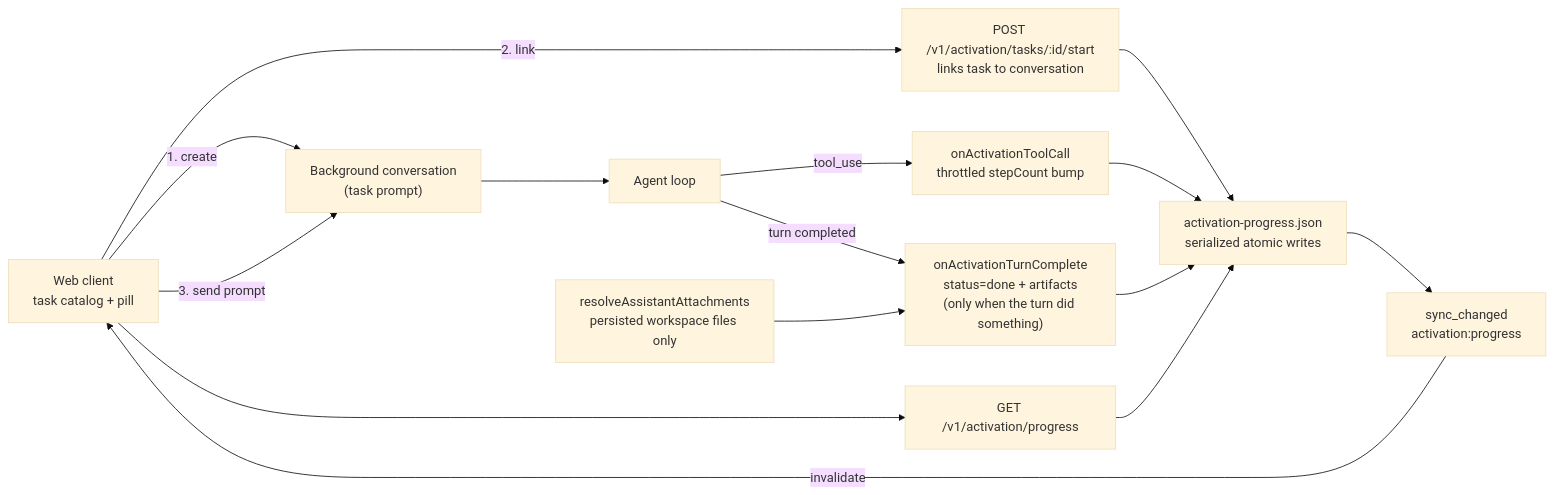
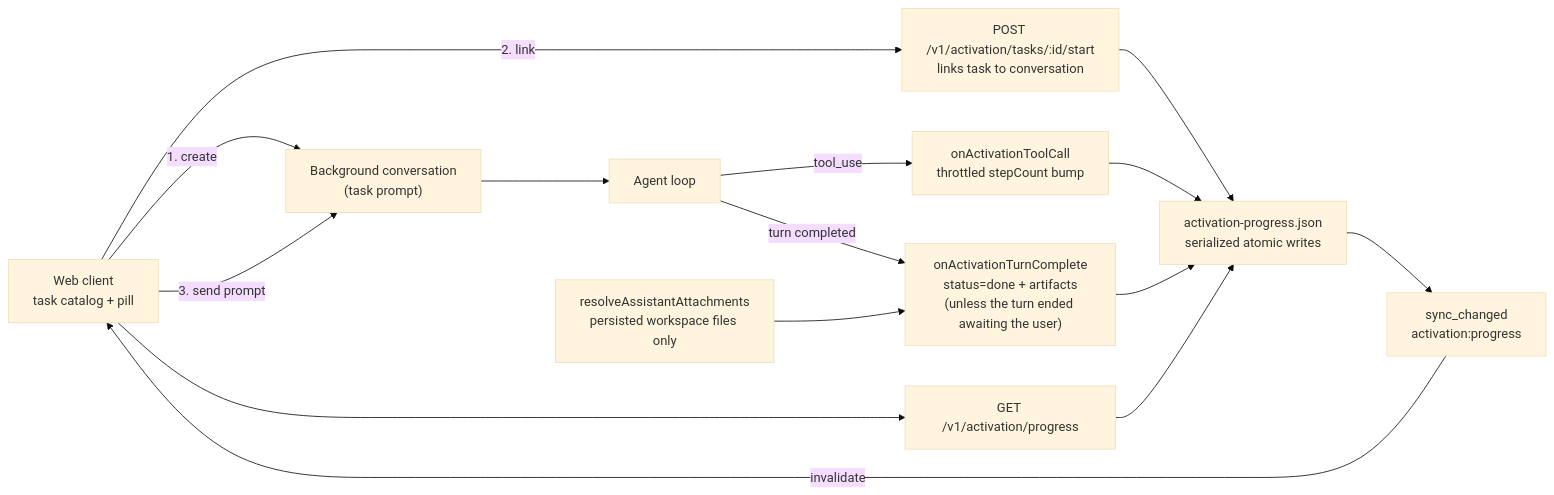
Before and after one commit to vellum-ai/vellum-assistant: the fourth of 4 diagrams in ARCHITECTURE.md, drawn with Mermaid (base theme). The commit also changed 17 other files, not shown here.

````diff
--- a/ARCHITECTURE.md
+++ b/ARCHITECTURE.md
@@ -803,28 +803,28 @@
 ```mermaid
 graph LR
     CLIENT["Web client<br/>task catalog + pill"]
     CONV["Background conversation<br/>(task prompt)"]
     START["POST /v1/activation/tasks/:id/start<br/>links task to conversation"]
     LOOP["Agent loop"]
     TOOL["onActivationToolCall<br/>throttled stepCount bump"]
-    DONE["onActivationTurnComplete<br/>status=done + artifacts<br/>(only when the turn did something)"]
+    DONE["onActivationTurnComplete<br/>status=done + artifacts<br/>(unless the turn ended awaiting the user)"]
     ATT["resolveAssistantAttachments<br/>persisted workspace files only"]
     STORE["activation-progress.json<br/>serialized atomic writes"]
     SYNC["sync_changed<br/>activation:progress"]
     GET["GET /v1/activation/progress"]
 
     CLIENT -->|"1. create"| CONV
     CLIENT -->|"2. link"| START
     CLIENT -->|"3. send prompt"| CONV
     CONV --> LOOP
     START --> STORE
     LOOP -->|"tool_use"| TOOL
     LOOP -->|"turn completed"| DONE
     ATT --> DONE
     TOOL --> STORE
     DONE --> STORE
     STORE --> SYNC
     SYNC -->|"invalidate"| CLIENT
     CLIENT --> GET
     GET --> STORE
 ```
````
